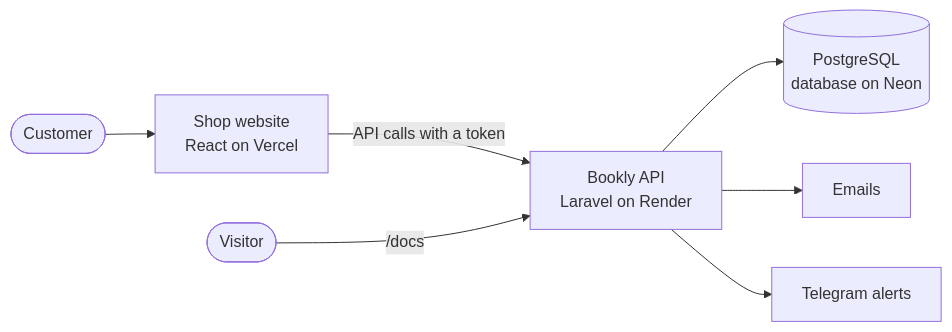
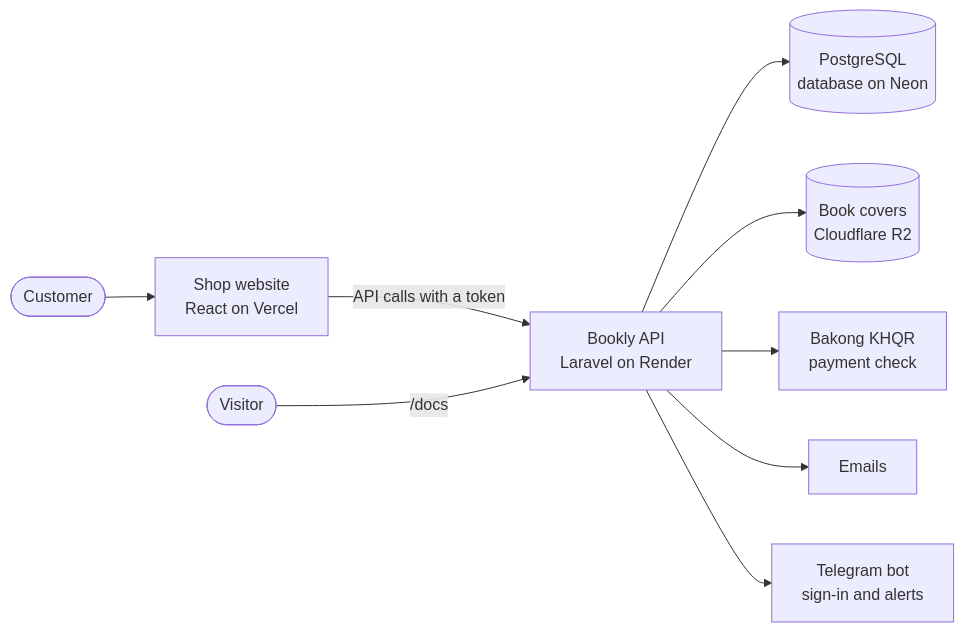
One commit to danishsary8/bookly_backend_v2 changed the first of 2 diagrams in README.md. Above: the diagram before and after it, drawn with Mermaid. The commit also changed other lines of this file, not shown here.

First line of the commit message:
Bring the README up to date: KHQR payments, offers, collections, Telegram

````diff
--- a/README.md
+++ b/README.md
@@ -55,9 +65,11 @@
 ```mermaid
 flowchart LR
     Customer([Customer]) --> Shop[Shop website<br/>React on Vercel]
     Shop -->|API calls with a token| API[Bookly API<br/>Laravel on Render]
     Visitor([Visitor]) -->|/docs| API
     API --> DB[(PostgreSQL<br/>database on Neon)]
+    API --> R2[(Book covers<br/>Cloudflare R2)]
+    API --> Bakong[Bakong KHQR<br/>payment check]
     API --> Email[Emails]
-    API --> Telegram[Telegram alerts]
+    API --> Telegram[Telegram bot<br/>sign-in and alerts]
 ```
````
